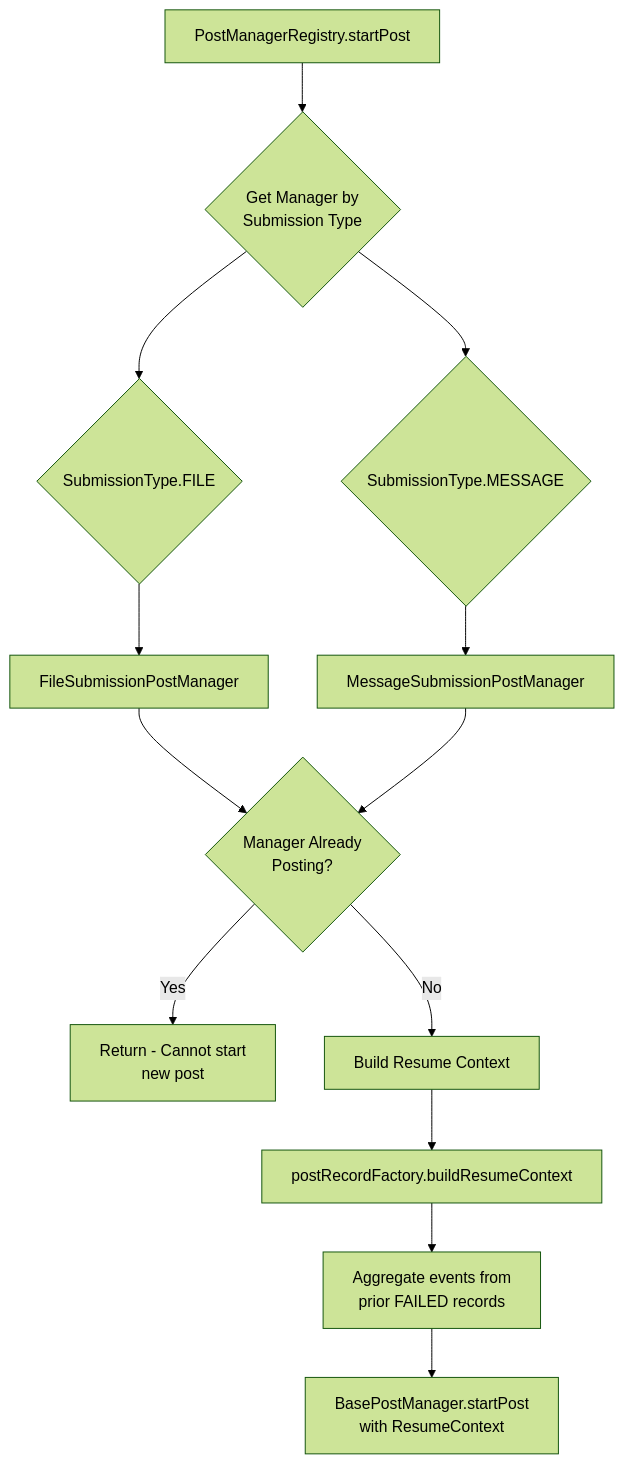
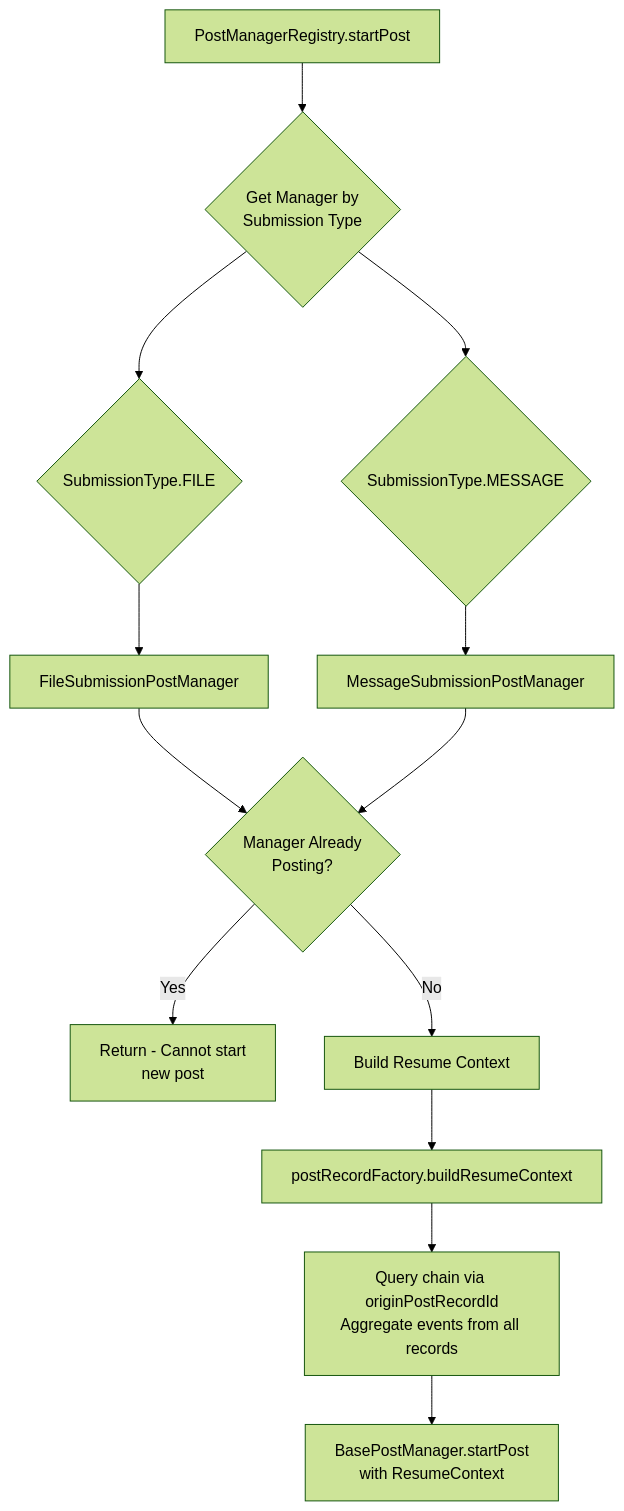
Before and after one commit to mvdicarlo/postybirb: the third of 10 diagrams in docs/POST_QUEUE_FLOWS.md, drawn with Mermaid (forest theme). The commit also changed other lines of this file and 11 other files, not shown here.

Commit message:
refactor: add in origin id for easier association of post chains

````diff
--- a/docs/POST_QUEUE_FLOWS.md
+++ b/docs/POST_QUEUE_FLOWS.md
@@ -71,21 +102,21 @@
 ```mermaid
 flowchart TD
     A[PostManagerRegistry.startPost] --> B{Get Manager by<br/>Submission Type}
 
     B --> C{SubmissionType.FILE}
     B --> D{SubmissionType.MESSAGE}
 
     C --> E[FileSubmissionPostManager]
     D --> F[MessageSubmissionPostManager]
 
     E --> G{Manager Already<br/>Posting?}
     F --> G
 
     G -->|Yes| H[Return - Cannot start<br/>new post]
     G -->|No| I[Build Resume Context]
 
     I --> J[postRecordFactory.buildResumeContext]
-    J --> K[Aggregate events from<br/>prior FAILED records]
+    J --> K[Query chain via originPostRecordId<br/>Aggregate events from all records]
 
     K --> L[BasePostManager.startPost<br/>with ResumeContext]
 ```
````
